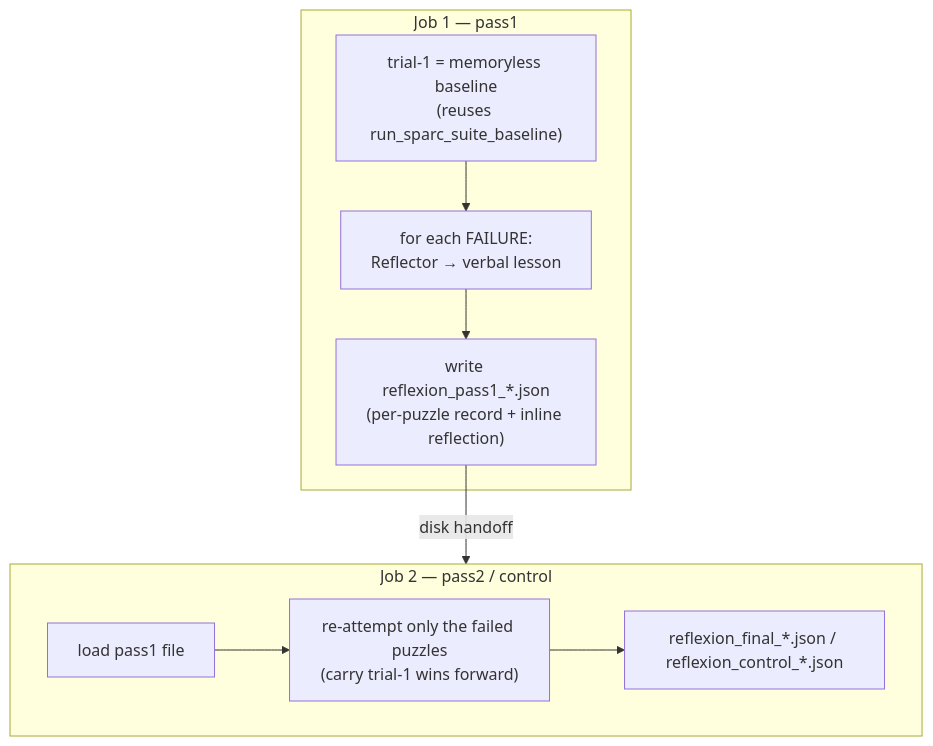
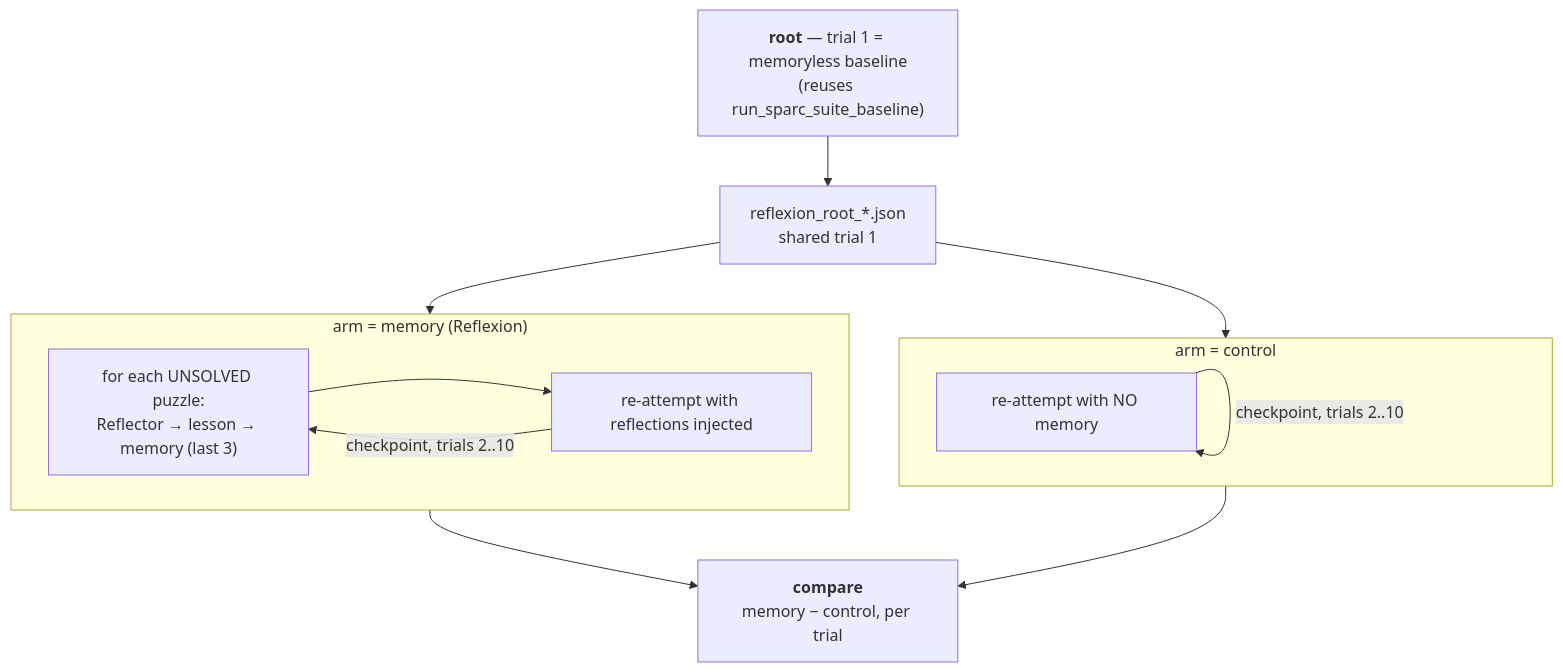
One commit to tobiTKM/bsc-thesis-memory-agents changed the fourth of 5 diagrams in docs/architecture.md. Above: the diagram before and after it, drawn with Mermaid. The commit also changed other lines of this file and 7 other files, not shown here.

Commit message:
Changing max Reflexion trials to 10

````diff
--- a/docs/architecture.md
+++ b/docs/architecture.md
@@ -116,14 +118,17 @@
 ```mermaid
 flowchart TB
-  subgraph J1["Job 1 — pass1"]
-    B["trial-1 = memoryless baseline<br/>(reuses run_sparc_suite_baseline)"]
-    B --> F["for each FAILURE:<br/>Reflector → verbal lesson"]
-    F --> W["write reflexion_pass1_*.json<br/>(per-puzzle record + inline reflection)"]
+  R["<b>root</b> — trial 1 = memoryless baseline<br/>(reuses run_sparc_suite_baseline)"]
+  R --> S["reflexion_root_*.json<br/>shared trial 1"]
+  S --> A1
+  S --> A2
+  subgraph A1["arm = memory (Reflexion)"]
+    M1["for each UNSOLVED puzzle:<br/>Reflector → lesson → memory (last 3)"]
+    M1 --> M2["re-attempt with reflections injected"]
+    M2 -->|"checkpoint, trials 2..10"| M1
   end
-  W -- disk handoff --> J2
-  subgraph J2["Job 2 — pass2 / control"]
-    L["load pass1 file"]
-    L --> RT["re-attempt only the failed puzzles<br/>(carry trial-1 wins forward)"]
-    RT --> FIN["reflexion_final_*.json / reflexion_control_*.json"]
+  subgraph A2["arm = control"]
+    C1["re-attempt with NO memory"]
+    C1 -->|"checkpoint, trials 2..10"| C1
   end
+  A1 & A2 --> CMP["<b>compare</b><br/>memory − control, per trial"]
 ```
````
